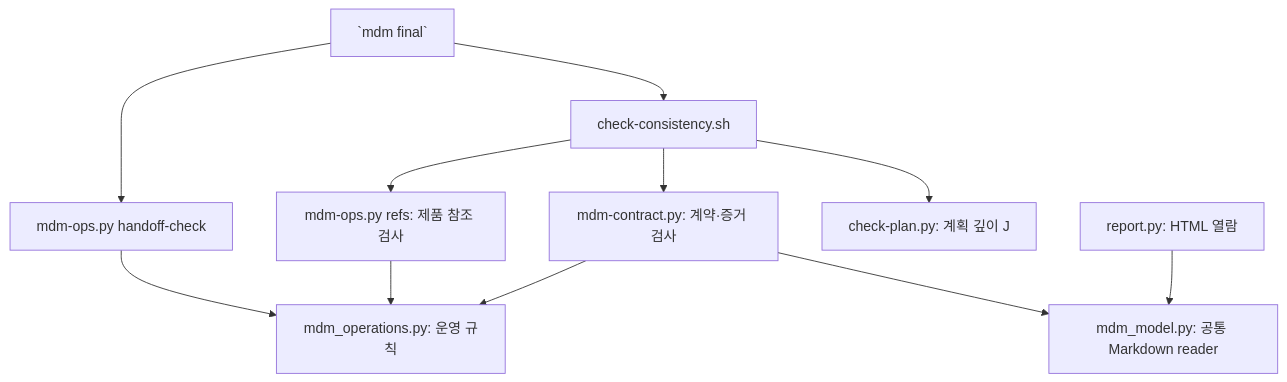
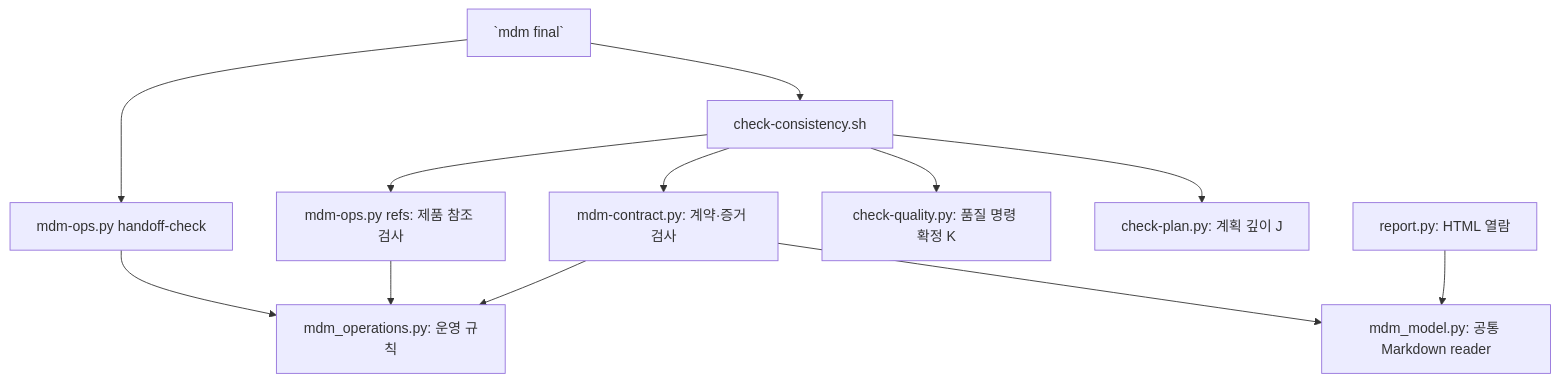
The second of 3 diagrams in guides/harness-architecture.md (JIM00N/my_dev_method), drawn with Mermaid before and after one commit. The commit also changed 28 other files, not shown here.

````diff
--- a/guides/harness-architecture.md
+++ b/guides/harness-architecture.md
@@ -44,13 +44,14 @@
 ```mermaid
 flowchart TD
     A[`mdm final`] --> B[check-consistency.sh]
     A --> C[mdm-ops.py handoff-check]
     B --> D[check-plan.py: 계획 깊이 J]
+    B --> K[check-quality.py: 품질 명령 확정 K]
     B --> E[mdm-contract.py: 계약·증거 검사]
     B --> O[mdm-ops.py refs: 제품 참조 검사]
     O --> G
     E --> F[mdm_model.py: 공통 Markdown reader]
     E --> G[mdm_operations.py: 운영 규칙]
     C --> G
     R[report.py: HTML 열람] --> F
 ```
````
